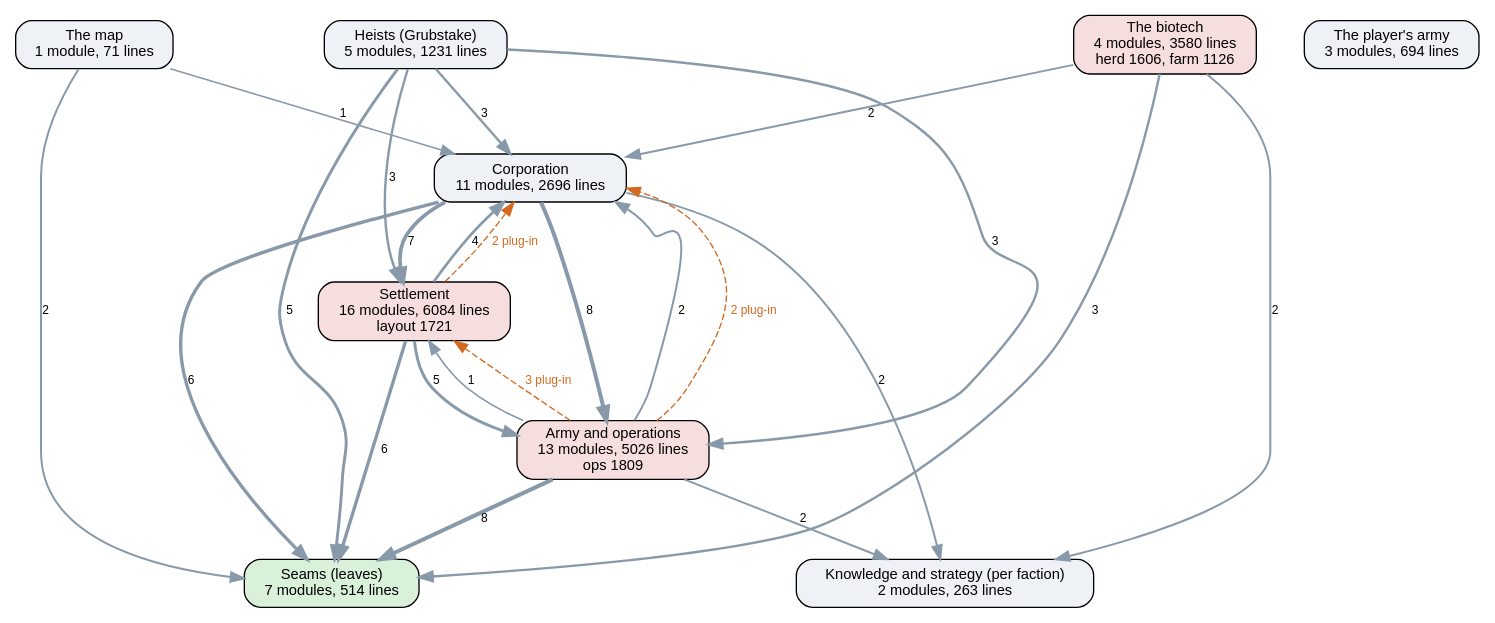
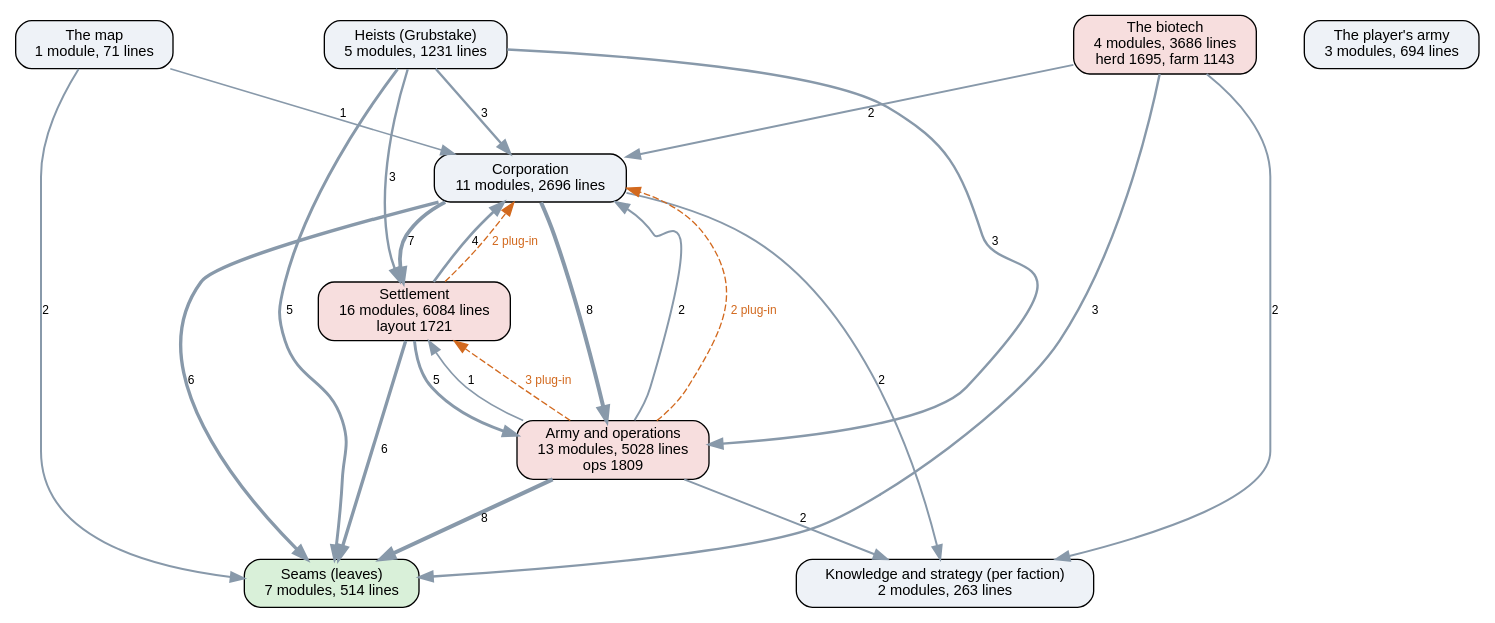
Before and after one commit to kinelhu/landing-party: the diagram in docs/ai-layers.dot, drawn with Graphviz. The commit also changed 15 other files, not shown here.

```diff
--- a/docs/ai-layers.dot
+++ b/docs/ai-layers.dot
@@ -1,37 +1,37 @@
 digraph layers {
   graph [rankdir=TB, fontname="Helvetica", nodesep=0.5, ranksep=0.7];
   node [shape=box, style="rounded,filled", fontname="Helvetica", fontsize=11, fillcolor="#eef2f7"];
   edge [color="#8899aa", fontname="Helvetica", fontsize=9];
   "Seams (leaves)" [label="Seams (leaves)\n7 modules, 514 lines", fillcolor="#d9f0d9"];
   "Knowledge and strategy (per faction)" [label="Knowledge and strategy (per faction)\n2 modules, 263 lines", fillcolor="#eef2f7"];
   "Corporation" [label="Corporation\n11 modules, 2696 lines", fillcolor="#eef2f7"];
   "Settlement" [label="Settlement\n16 modules, 6084 lines\nlayout 1721", fillcolor="#f7dede"];
-  "Army and operations" [label="Army and operations\n13 modules, 5026 lines\nops 1809", fillcolor="#f7dede"];
+  "Army and operations" [label="Army and operations\n13 modules, 5028 lines\nops 1809", fillcolor="#f7dede"];
   "Heists (Grubstake)" [label="Heists (Grubstake)\n5 modules, 1231 lines", fillcolor="#eef2f7"];
-  "The biotech" [label="The biotech\n4 modules, 3580 lines\nherd 1606, farm 1126", fillcolor="#f7dede"];
+  "The biotech" [label="The biotech\n4 modules, 3686 lines\nherd 1695, farm 1143", fillcolor="#f7dede"];
   "The map" [label="The map\n1 module, 71 lines", fillcolor="#eef2f7"];
   "The player's army" [label="The player's army\n3 modules, 694 lines", fillcolor="#eef2f7"];
   "Army and operations" -> "Corporation" [label="2", penwidth=1.5];
   "Army and operations" -> "Knowledge and strategy (per faction)" [label="2", penwidth=1.5];
   "Army and operations" -> "Seams (leaves)" [label="8", penwidth=3.0];
   "Army and operations" -> "Settlement" [label="1", penwidth=1.2];
   "Corporation" -> "Army and operations" [label="8", penwidth=3.0];
   "Corporation" -> "Knowledge and strategy (per faction)" [label="2", penwidth=1.5];
   "Corporation" -> "Seams (leaves)" [label="6", penwidth=2.5];
   "Corporation" -> "Settlement" [label="7", penwidth=2.8];
   "Heists (Grubstake)" -> "Army and operations" [label="3", penwidth=1.8];
   "Heists (Grubstake)" -> "Corporation" [label="3", penwidth=1.8];
   "Heists (Grubstake)" -> "Seams (leaves)" [label="5", penwidth=2.2];
   "Heists (Grubstake)" -> "Settlement" [label="3", penwidth=1.8];
   "Settlement" -> "Army and operations" [label="5", penwidth=2.2];
   "Settlement" -> "Corporation" [label="4", penwidth=2.0];
   "Settlement" -> "Seams (leaves)" [label="6", penwidth=2.5];
   "The biotech" -> "Corporation" [label="2", penwidth=1.5];
   "The biotech" -> "Knowledge and strategy (per faction)" [label="2", penwidth=1.5];
   "The biotech" -> "Seams (leaves)" [label="3", penwidth=1.8];
   "The map" -> "Corporation" [label="1", penwidth=1.2];
   "The map" -> "Seams (leaves)" [label="2", penwidth=1.5];
   "Army and operations" -> "Corporation" [style=dashed, color="#d2691e", fontcolor="#d2691e", label="2 plug-in"];
   "Army and operations" -> "Settlement" [style=dashed, color="#d2691e", fontcolor="#d2691e", label="3 plug-in"];
   "Settlement" -> "Corporation" [style=dashed, color="#d2691e", fontcolor="#d2691e", label="2 plug-in"];
 }
```
